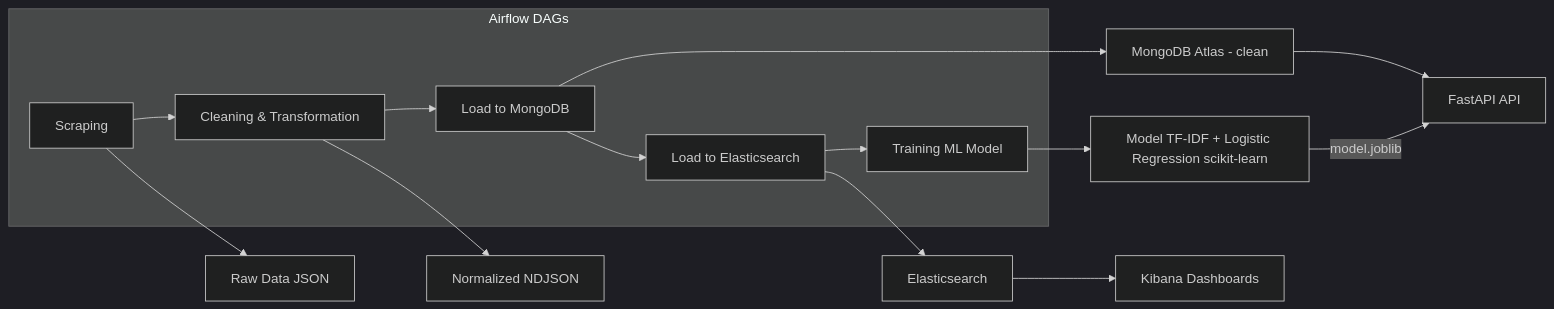
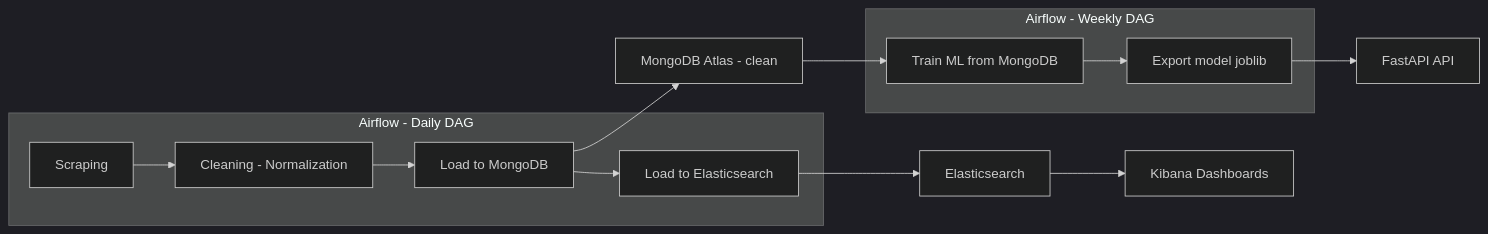
The diagram in README.md (AbderraoufBou14/trustpilot-sentiment-data-pipeline), drawn with Mermaid (dark theme) before and after one commit.

Commit message:
Enhance README with Airflow DAG architecture diagrams
Added diagrams for daily and weekly Airflow DAGs, including data flows and storage services.

````diff
--- a/README.md
+++ b/README.md
@@ -27,21 +27,31 @@
 ```mermaid
 flowchart LR
-    subgraph A[Airflow DAGs]
-        A1[Scraping]
-        A2[Cleaning & Transformation]
-        A3[Load to MongoDB]
-        A4[Load to Elasticsearch]
-        A5[Training ML Model]
-        A1 --> A2 --> A3 --> A4 --> A5
+    %% --- Daily DAG: scrape -> clean -> load ES & Mongo ---
+    subgraph D[Airflow - Daily DAG]
+        D1[Scraping]
+        D2[Cleaning - Normalization]
+        D3[Load to MongoDB]
+        D4[Load to Elasticsearch]
+        D1 --> D2 --> D3 --> D4
     end
 
-    A1 --> B[Raw Data JSON]
-    A2 --> C[Normalized NDJSON]
-    A3 --> D[MongoDB Atlas - clean]
-    A4 --> E[Elasticsearch]
-    A5 --> F[Model TF-IDF + Logistic Regression scikit-learn]
-    D --> G[FastAPI API]
-    F -->|model.joblib| G
-    E --> H[Kibana Dashboards]
+    %% --- Weekly DAG: train model from MongoDB ---
+    subgraph W[Airflow - Weekly DAG]
+        W1[Train ML from MongoDB]
+        W2[Export model joblib]
+        W1 --> W2
+    end
 
+    %% --- Storages and services ---
+    M[MongoDB Atlas - clean]
+    E[Elasticsearch]
+    G[FastAPI API]
+    K[Kibana Dashboards]
+
+    %% --- Data flows between DAGs and storages ---
+    D3 --> M
+    D4 --> E
+    M --> W1
+    W2 --> G
+    E --> K
 ```
````
